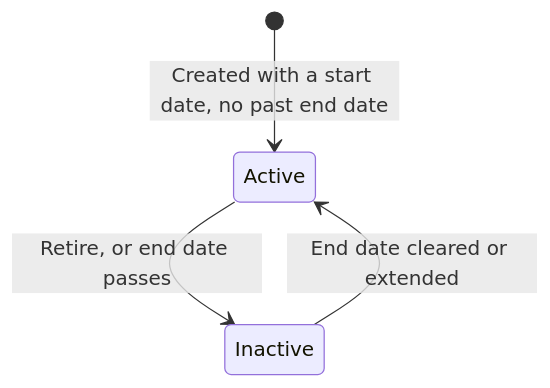
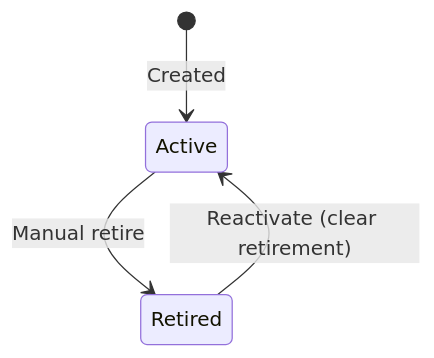
Before and after one commit to uwblueprint/beach-metro: the second of 11 diagrams in docs/people_management_flow_v1.md, drawn with Mermaid. The commit also changed other lines of this file, not shown here.

First line of the commit message:
Redefine territory as volunteers and commercial drops, captain-direct assignment, and manual-only retirement (BM-24)

````diff
--- a/docs/people_management_flow_v1.md
+++ b/docs/people_management_flow_v1.md
@@ -69,6 +71,6 @@
 ```mermaid
 stateDiagram-v2
-    [*] --> Active: Created with a start date, no past end date
-    Active --> Inactive: Retire, or end date passes
-    Inactive --> Active: End date cleared or extended
+    [*] --> Active: Created
+    Active --> Retired: Manual retire
+    Retired --> Active: Reactivate (clear retirement)
 ```
````
